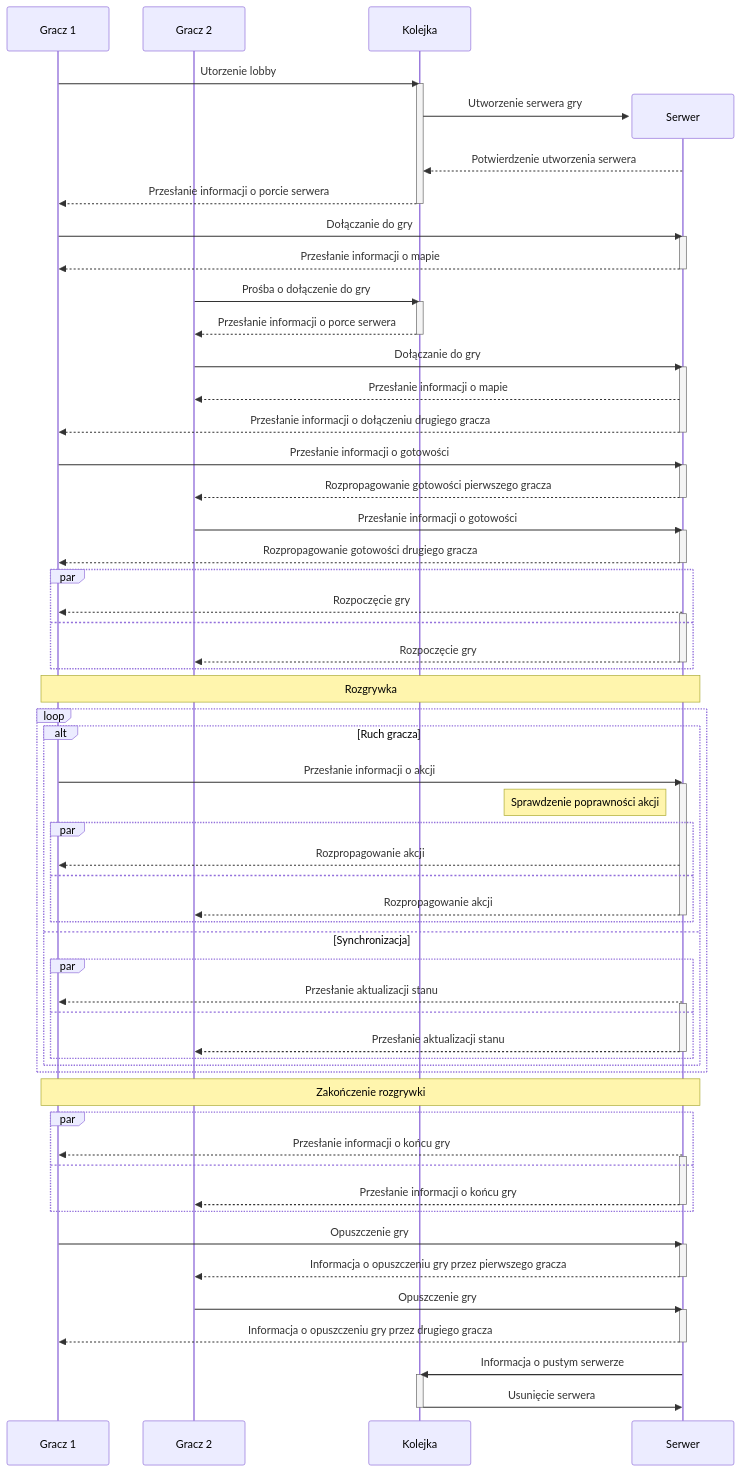
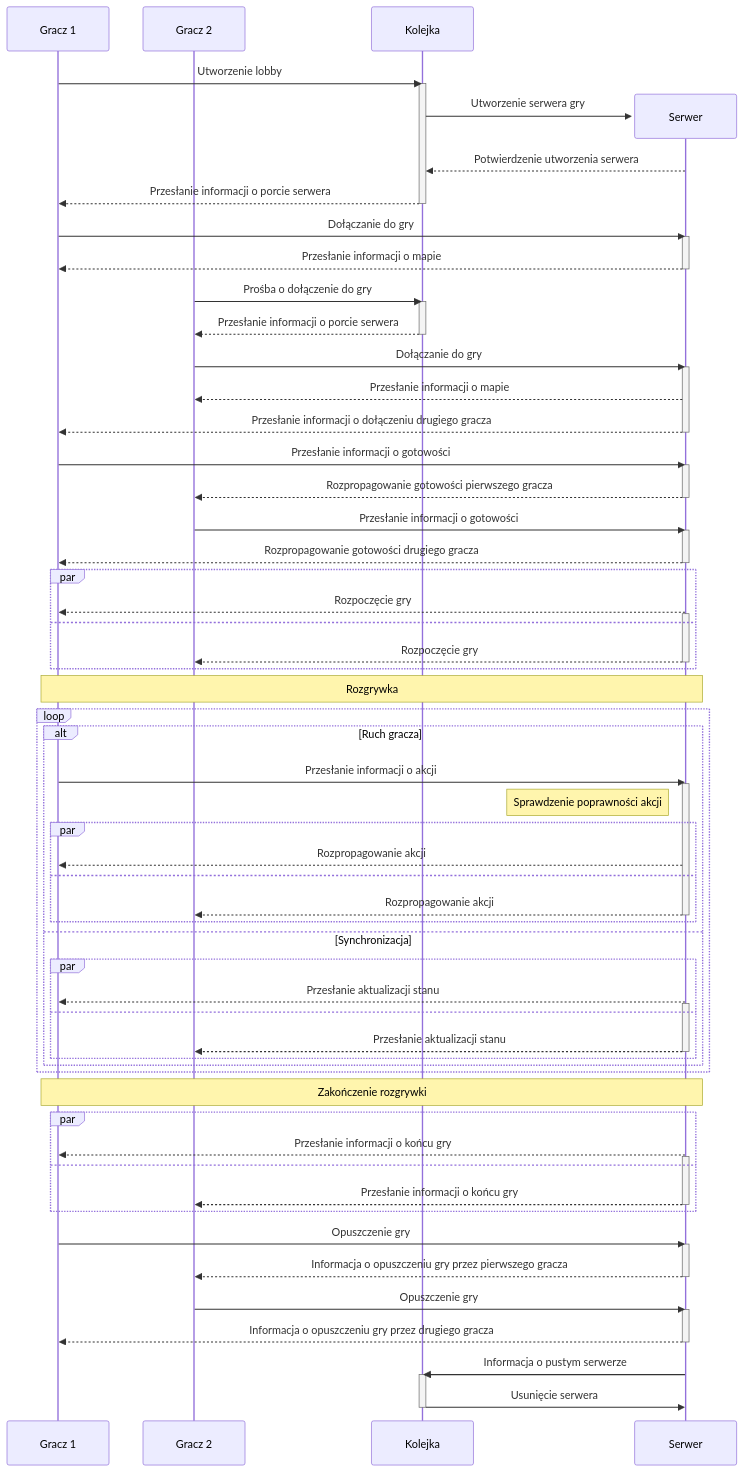
One commit to Nasus20202/przetwarzanie-rozproszone changed the diagram in diagrams/sequence.mmd. Above: the diagram before and after it, drawn with Mermaid. The commit also changed 3 other files, not shown here.

Commit message:
feat: redefined queue server, expanded sequence diagram, added missing frames tables, fixed some small typos

```diff
--- a/diagrams/sequence.mmd
+++ b/diagrams/sequence.mmd
@@ -1,94 +1,94 @@
 sequenceDiagram
     participant Gracz 1
     participant Gracz 2
     participant Kolejka
 
-    Gracz 1->>Kolejka: Utorzenie lobby
+    Gracz 1->>Kolejka: Utworzenie lobby
     activate Kolejka
     create participant Serwer
     Kolejka->>Serwer: Utworzenie serwera gry
     Serwer-->>Kolejka: Potwierdzenie utworzenia serwera
     Kolejka-->>Gracz 1: Przesłanie informacji o porcie serwera
     deactivate Kolejka
 
 
     Gracz 1->>Serwer: Dołączanie do gry
     activate Serwer
     Serwer-->>Gracz 1: Przesłanie informacji o mapie
     deactivate Serwer
 
     Gracz 2->>Kolejka: Prośba o dołączenie do gry
     activate Kolejka
-    Kolejka-->>Gracz 2: Przesłanie informacji o porce serwera
+    Kolejka-->>Gracz 2: Przesłanie informacji o porcie serwera
     deactivate Kolejka
     Gracz 2->>Serwer: Dołączanie do gry
     activate Serwer
     Serwer-->>Gracz 2: Przesłanie informacji o mapie
     Serwer-->>Gracz 1: Przesłanie informacji o dołączeniu drugiego gracza
     deactivate Serwer
 
     Gracz 1->>Serwer: Przesłanie informacji o gotowości
     activate Serwer
     Serwer-->>Gracz 2: Rozpropagowanie gotowości pierwszego gracza
     deactivate Serwer
 
     Gracz 2->>Serwer: Przesłanie informacji o gotowości
     activate Serwer
     Serwer-->>Gracz 1: Rozpropagowanie gotowości drugiego gracza
     deactivate Serwer
     par
         Serwer-->>Gracz 1: Rozpoczęcie gry
         activate Serwer
     and
         Serwer-->>Gracz 2: Rozpoczęcie gry
         deactivate Serwer
     end
 
     Note over Gracz 1, Serwer: Rozgrywka
 
     loop
         alt Ruch gracza
             Gracz 1->>Serwer: Przesłanie informacji o akcji
             activate Serwer
             Note left of Serwer: Sprawdzenie poprawności akcji
             par
                 Serwer-->>Gracz 1: Rozpropagowanie akcji
             and
                 Serwer-->>Gracz 2: Rozpropagowanie akcji
                 deactivate Serwer
             end
         else Synchronizacja
             par
                 Serwer-->>Gracz 1: Przesłanie aktualizacji stanu
                 activate Serwer
             and
                 Serwer-->>Gracz 2: Przesłanie aktualizacji stanu
                 deactivate Serwer
             end
         end
     end
 
     Note over Gracz 1, Serwer: Zakończenie rozgrywki
 
     par
         Serwer-->>Gracz 1: Przesłanie informacji o końcu gry
         activate Serwer
     and
         Serwer-->>Gracz 2: Przesłanie informacji o końcu gry
         deactivate Serwer
     end
 
     Gracz 1->>Serwer: Opuszczenie gry
     activate Serwer
     Serwer-->>Gracz 2: Informacja o opuszczeniu gry przez pierwszego gracza
     deactivate Serwer
     
     Gracz 2->>Serwer: Opuszczenie gry
     activate Serwer
     Serwer-->>Gracz 1: Informacja o opuszczeniu gry przez drugiego gracza
     deactivate Serwer
 
     Serwer->>Kolejka: Informacja o pustym serwerze
     activate Kolejka
     Kolejka->>Serwer: Usunięcie serwera
     deactivate Kolejka
```
